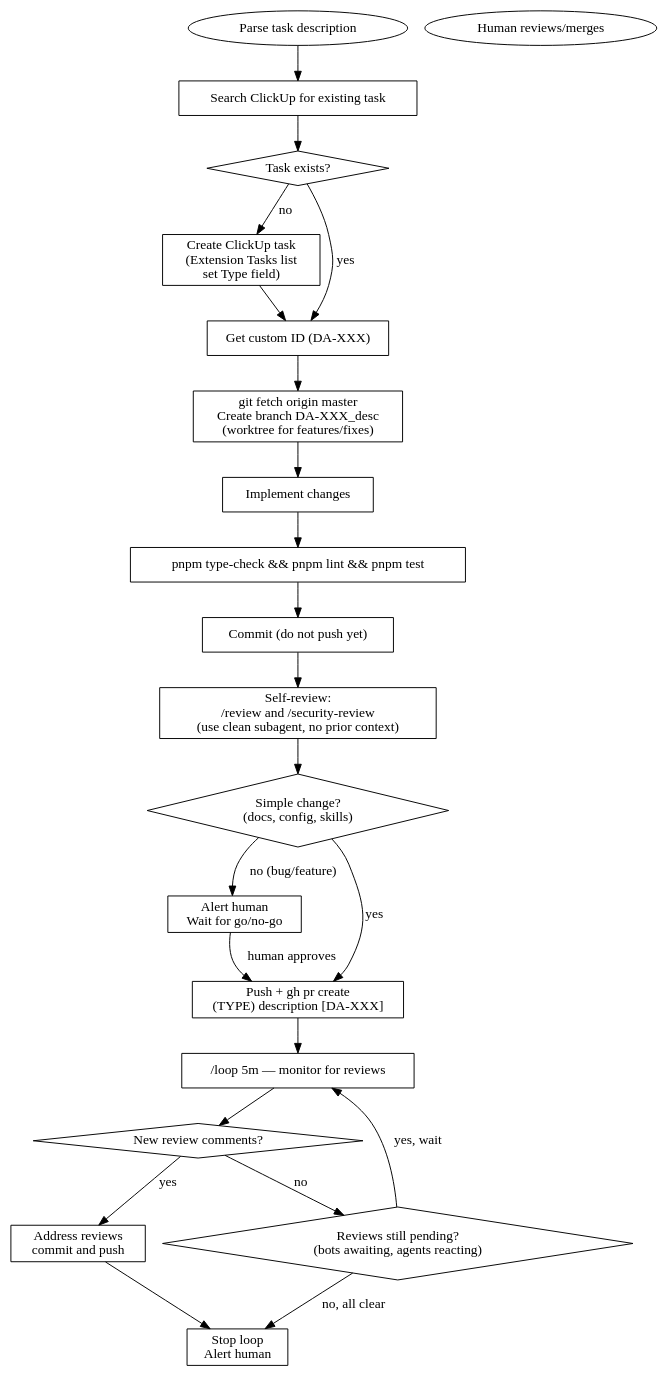
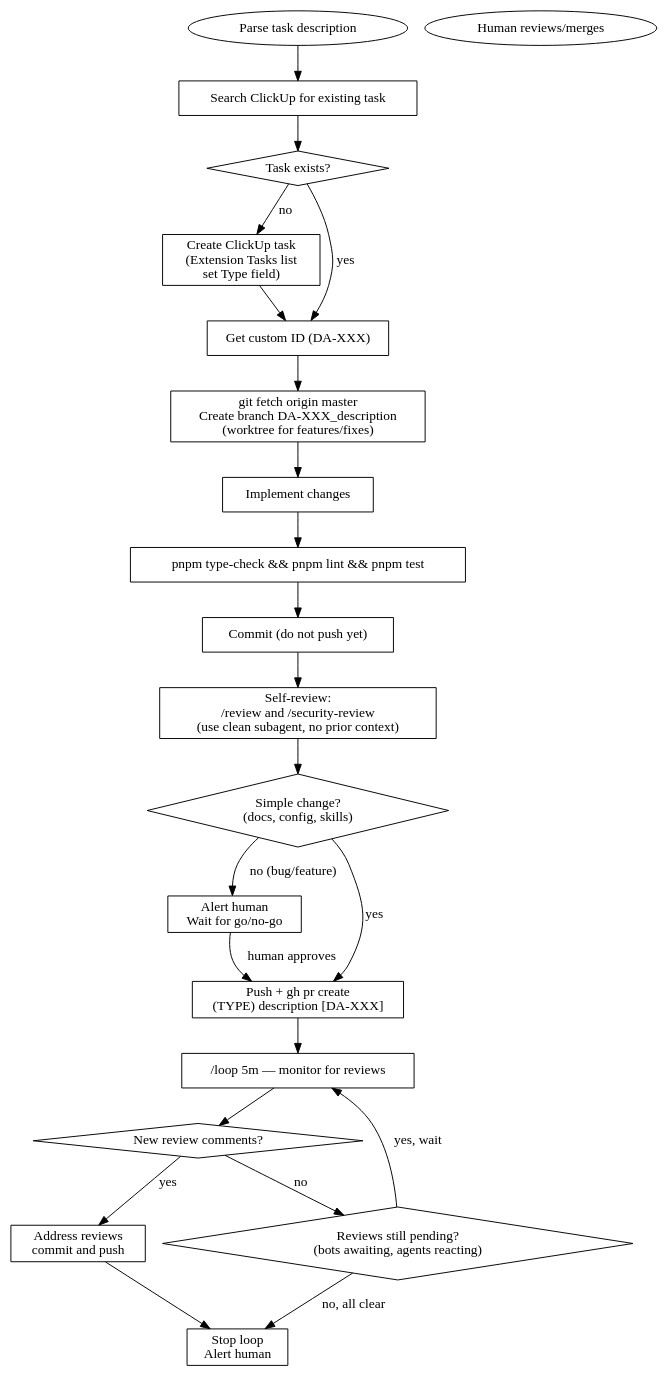
The diagram in .claude/skills/da-dev.md (Mr-Quin/danmaku-anywhere), drawn with Graphviz before and after one commit. The commit also changed other lines of this file, not shown here.

````diff
--- a/.claude/skills/da-dev.md
+++ b/.claude/skills/da-dev.md
@@ -18,48 +18,48 @@
 ```dot
 digraph dev_workflow {
   rankdir=TB;
   node [shape=box];
 
   start [label="Parse task description" shape=ellipse];
   find_task [label="Search ClickUp for existing task"];
   has_task [label="Task exists?" shape=diamond];
   create_task [label="Create ClickUp task\n(Extension Tasks list\nset Type field)"];
   get_id [label="Get custom ID (DA-XXX)"];
-  branch [label="git fetch origin master\nCreate branch DA-XXX_desc\n(worktree for features/fixes)"];
+  branch [label="git fetch origin master\nCreate branch DA-XXX_description\n(worktree for features/fixes)"];
   implement [label="Implement changes"];
   verify [label="pnpm type-check && pnpm lint && pnpm test"];
   commit [label="Commit (do not push yet)"];
   review [label="Self-review:\n/review and /security-review\n(use clean subagent, no prior context)"];
   is_simple [label="Simple change?\n(docs, config, skills)" shape=diamond];
   human_gate [label="Alert human\nWait for go/no-go"];
   create_pr [label="Push + gh pr create\n(TYPE) description [DA-XXX]"];
   loop [label="/loop 5m — monitor for reviews"];
   reviews [label="New review comments?" shape=diamond];
   pending [label="Reviews still pending?\n(bots awaiting, agents reacting)" shape=diamond];
   address [label="Address reviews\ncommit and push"];
   stop [label="Stop loop\nAlert human"];
   done [label="Human reviews/merges" shape=ellipse];
 
   start -> find_task;
   find_task -> has_task;
   has_task -> get_id [label="yes"];
   has_task -> create_task [label="no"];
   create_task -> get_id;
   get_id -> branch;
   branch -> implement;
   implement -> verify;
   verify -> commit;
   commit -> review;
   review -> is_simple;
   is_simple -> create_pr [label="yes"];
   is_simple -> human_gate [label="no (bug/feature)"];
   human_gate -> create_pr [label="human approves"];
   create_pr -> loop;
   loop -> reviews;
   reviews -> address [label="yes"];
   reviews -> pending [label="no"];
   pending -> loop [label="yes, wait"];
   pending -> stop [label="no, all clear"];
   address -> stop;
 }
 ```
````
